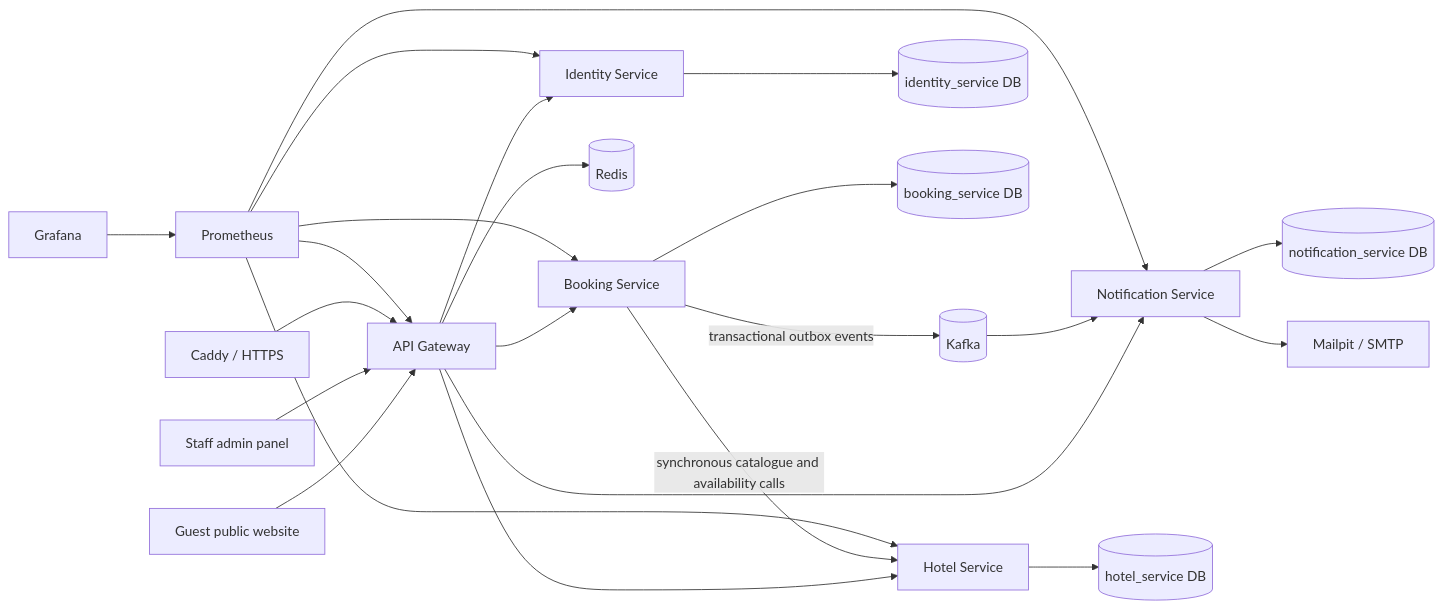
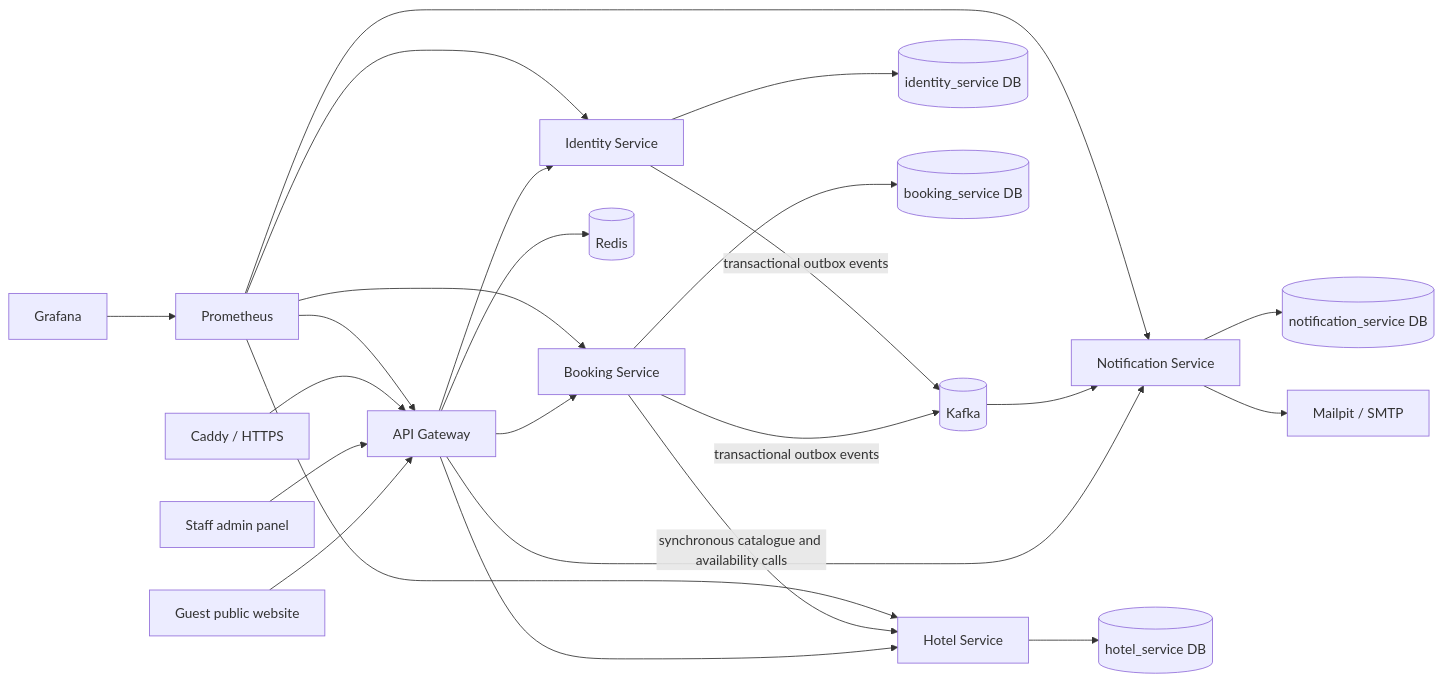
The diagram in docs/architecture.md (wiznick79/hotel-booking), drawn with Mermaid before and after one commit. The commit also changed other lines of this file and 111 other files, not shown here.

````diff
--- a/docs/architecture.md
+++ b/docs/architecture.md
@@ -11,50 +11,51 @@
 ```mermaid
 flowchart LR
     Guest[Guest public website]
     Staff[Staff admin panel]
     Caddy[Caddy / HTTPS]
     Gateway[API Gateway]
 
     Identity[Identity Service]
     Hotel[Hotel Service]
     Booking[Booking Service]
     Notification[Notification Service]
 
     IdentityDb[(identity_service DB)]
     HotelDb[(hotel_service DB)]
     BookingDb[(booking_service DB)]
     NotificationDb[(notification_service DB)]
 
     Kafka[(Kafka)]
     Redis[(Redis)]
     Mailpit[Mailpit / SMTP]
     Prometheus[Prometheus]
     Grafana[Grafana]
 
     Guest --> Gateway
     Staff --> Gateway
     Caddy --> Gateway
 
     Gateway --> Identity
     Gateway --> Hotel
     Gateway --> Booking
     Gateway --> Notification
     Gateway --> Redis
 
     Identity --> IdentityDb
     Hotel --> HotelDb
     Booking --> BookingDb
     Notification --> NotificationDb
 
     Booking -->|synchronous catalogue and availability calls| Hotel
     Booking -->|transactional outbox events| Kafka
+    Identity -->|transactional outbox events| Kafka
     Kafka --> Notification
     Notification --> Mailpit
 
     Prometheus --> Gateway
     Prometheus --> Identity
     Prometheus --> Hotel
     Prometheus --> Booking
     Prometheus --> Notification
     Grafana --> Prometheus
 ```
````
